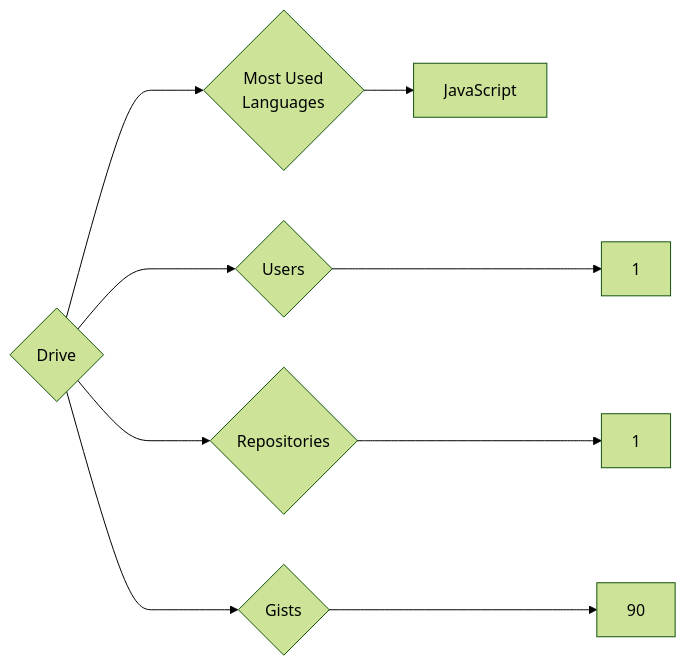
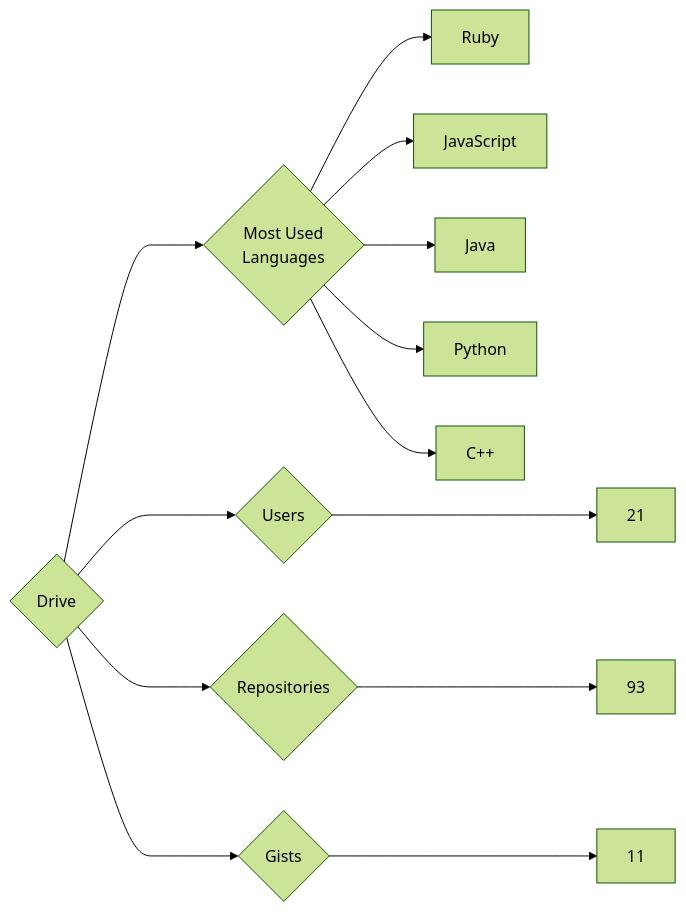
The diagram in targets/Drive/README.md (trickest/insiders), drawn with Mermaid (forest theme) before and after one commit. The commit also changed 777 other files, not shown here.

````diff
--- a/targets/Drive/README.md
+++ b/targets/Drive/README.md
@@ -3,9 +3,13 @@
 ```mermaid
 graph LR
 COMPANY_NAME{Drive}
-COMPANY_NAME ---> U{Users} ---> UN[1]
-COMPANY_NAME ---> R{Repositories} ---> RN[1]
-COMPANY_NAME ---> G{Gists} ---> GN[90]
+COMPANY_NAME ---> U{Users} ---> UN[21]
+COMPANY_NAME ---> R{Repositories} ---> RN[93]
+COMPANY_NAME ---> G{Gists} ---> GN[11]
 COMPANY_NAME ---> ML{Most Used<br>Languages}
+ML --> Ruby[Ruby]
 ML --> JavaScript[JavaScript]
+ML --> Java[Java]
+ML --> Python[Python]
+ML --> C++[C++]
 ```
````
